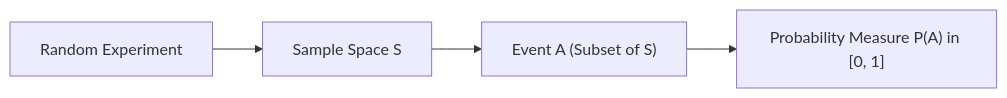
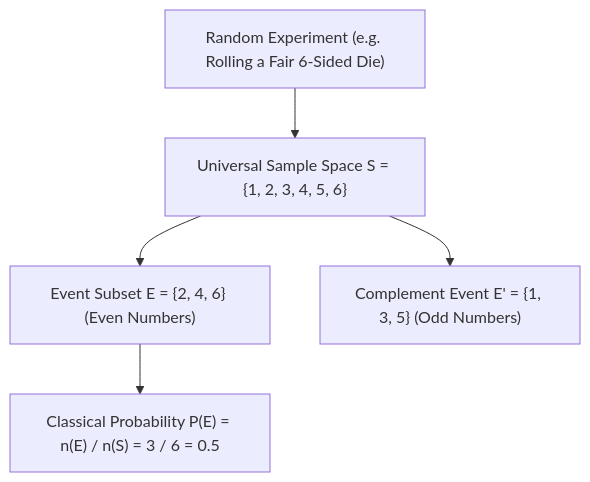
Before and after one commit to S1h2i3v4a/AI_ML: the diagram in lecture_20/Notes_20.02/README.md, drawn with Mermaid. The commit also changed other lines of this file and 203 other files, not shown here.

Commit message:
docs(lectures 19-21): align notes with video lectures, add blackboard diagrams, clean structured functions, and compile vector PDFs

````diff
--- a/lecture_20/Notes_20.02/README.md
+++ b/lecture_20/Notes_20.02/README.md
@@ -15,6 +10,8 @@
 ```mermaid
-flowchart LR
-    A["Random Experiment"] --> B["Sample Space S"]
-    B --> C["Event A (Subset of S)"]
-    C --> D["Probability Measure P(A) in [0, 1]"]
+flowchart TD
+    Exp["Random Experiment (e.g. Rolling a Fair 6-Sided Die)"] --> S["Universal Sample Space S = {1, 2, 3, 4, 5, 6}"]
+    S --> E["Event Subset E = {2, 4, 6} (Even Numbers)"]
+    S --> Ec["Complement Event E' = {1, 3, 5} (Odd Numbers)"]
+    
+    E --> Calc["Classical Probability P(E) = n(E) / n(S) = 3 / 6 = 0.5"]
 ```
````
